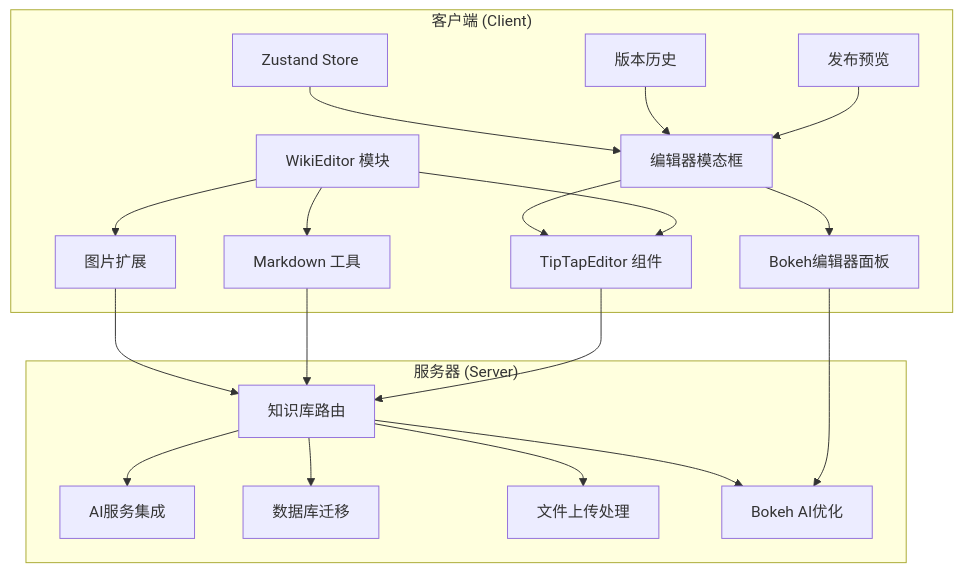
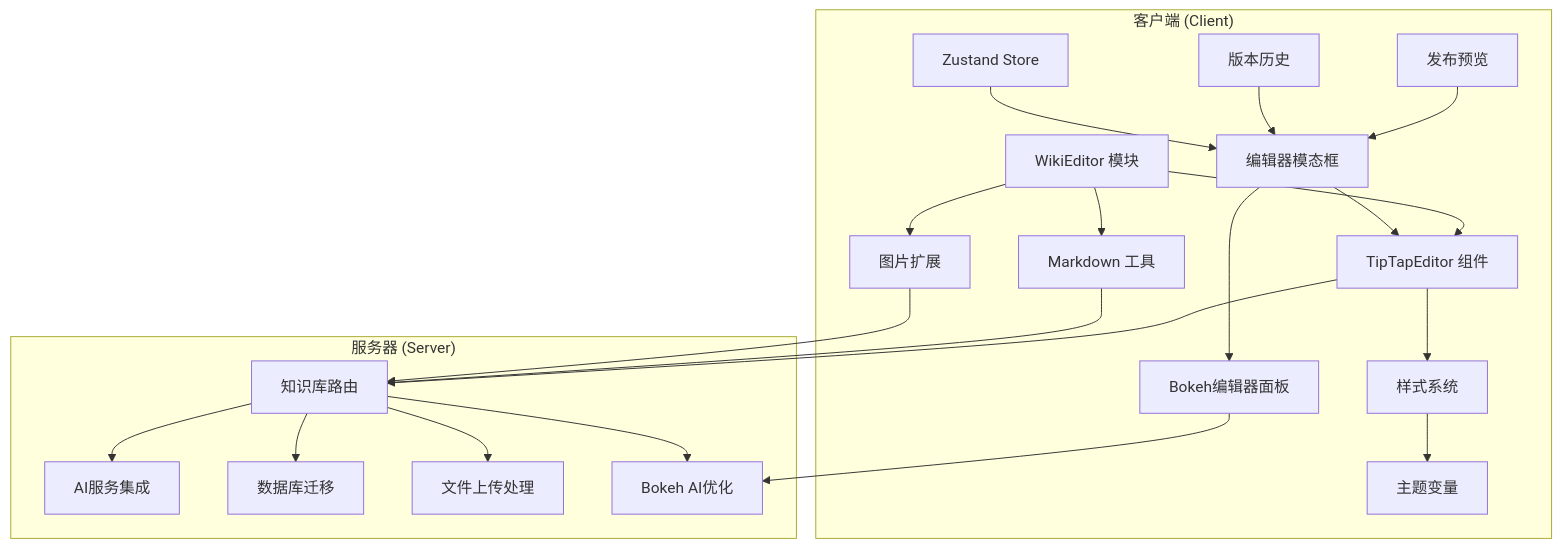
One commit to CubeEdge/Longhorn changed the first of 7 diagrams in .qoder/repowiki/zh/content/前端组件架构/TipTap富文本编辑器系统.md. Above: the diagram before and after it, drawn with Mermaid. The commit also changed other lines of this file and 118 other files, not shown here.

````diff
--- a/.qoder/repowiki/zh/content/前端组件架构/TipTap富文本编辑器系统.md
+++ b/.qoder/repowiki/zh/content/前端组件架构/TipTap富文本编辑器系统.md
@@ -45,37 +47,41 @@
 ```mermaid
 graph TB
 subgraph "客户端 (Client)"
 A[WikiEditor 模块]
 B[TipTapEditor 组件]
 C[Markdown 工具]
 D[图片扩展]
 E[编辑器模态框]
 F[发布预览]
 G[版本历史]
 H[Bokeh编辑器面板]
 I[Zustand Store]
+J[样式系统]
+K[主题变量]
 end
 subgraph "服务器 (Server)"
-J[知识库路由]
-K[AI服务集成]
-L[数据库迁移]
-M[文件上传处理]
-N[Bokeh AI优化]
+L[知识库路由]
+M[AI服务集成]
+N[数据库迁移]
+O[文件上传处理]
+P[Bokeh AI优化]
 end
 A --> B
 A --> C
 A --> D
 E --> B
 E --> H
 F --> E
 G --> E
-H --> N
+H --> P
 I --> E
 B --> J
-C --> J
-D --> J
 J --> K
-J --> L
-J --> M
-J --> N
+B --> L
+C --> L
+D --> L
+L --> M
+L --> N
+L --> O
+L --> P
 ```
````
